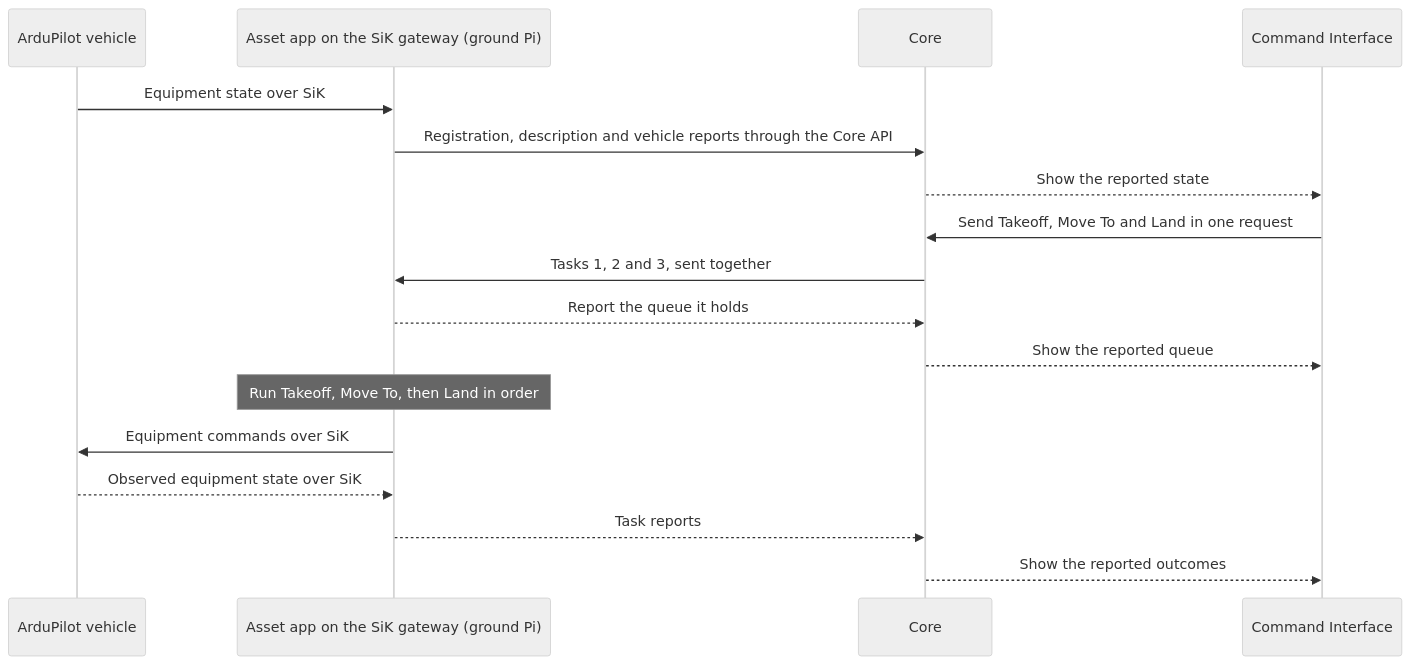
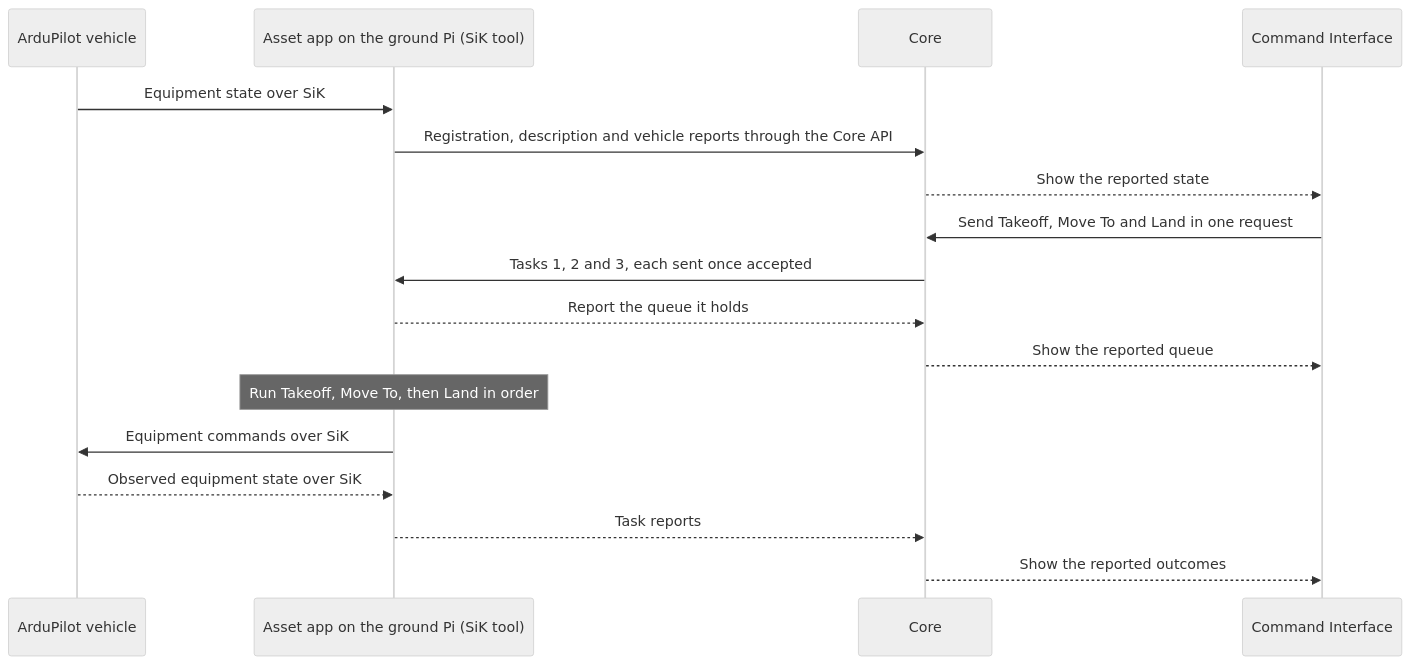
One commit to atlas-field-systems/atlas changed the diagram in atlas/first-flight.md. Above: the diagram before and after it, drawn with Mermaid (neutral theme). The commit also changed other lines of this file and 49 other files, not shown here.

````diff
--- a/atlas/first-flight.md
+++ b/atlas/first-flight.md
@@ -45,19 +64,19 @@
 ```mermaid
 sequenceDiagram
     participant Drone as ArduPilot vehicle
-    participant Pi as Asset app on the SiK gateway (ground Pi)
+    participant Pi as Asset app on the ground Pi (SiK tool)
     participant Core
     participant UI as Command Interface
     Drone->>Pi: Equipment state over SiK
     Pi->>Core: Registration, description and vehicle reports through the Core API
     Core-->>UI: Show the reported state
     UI->>Core: Send Takeoff, Move To and Land in one request
-    Core->>Pi: Tasks 1, 2 and 3, sent together
+    Core->>Pi: Tasks 1, 2 and 3, each sent once accepted
     Pi-->>Core: Report the queue it holds
     Core-->>UI: Show the reported queue
     Note over Pi: Run Takeoff, Move To, then Land in order
     Pi->>Drone: Equipment commands over SiK
     Drone-->>Pi: Observed equipment state over SiK
     Pi-->>Core: Task reports
     Core-->>UI: Show the reported outcomes
 ```
````
